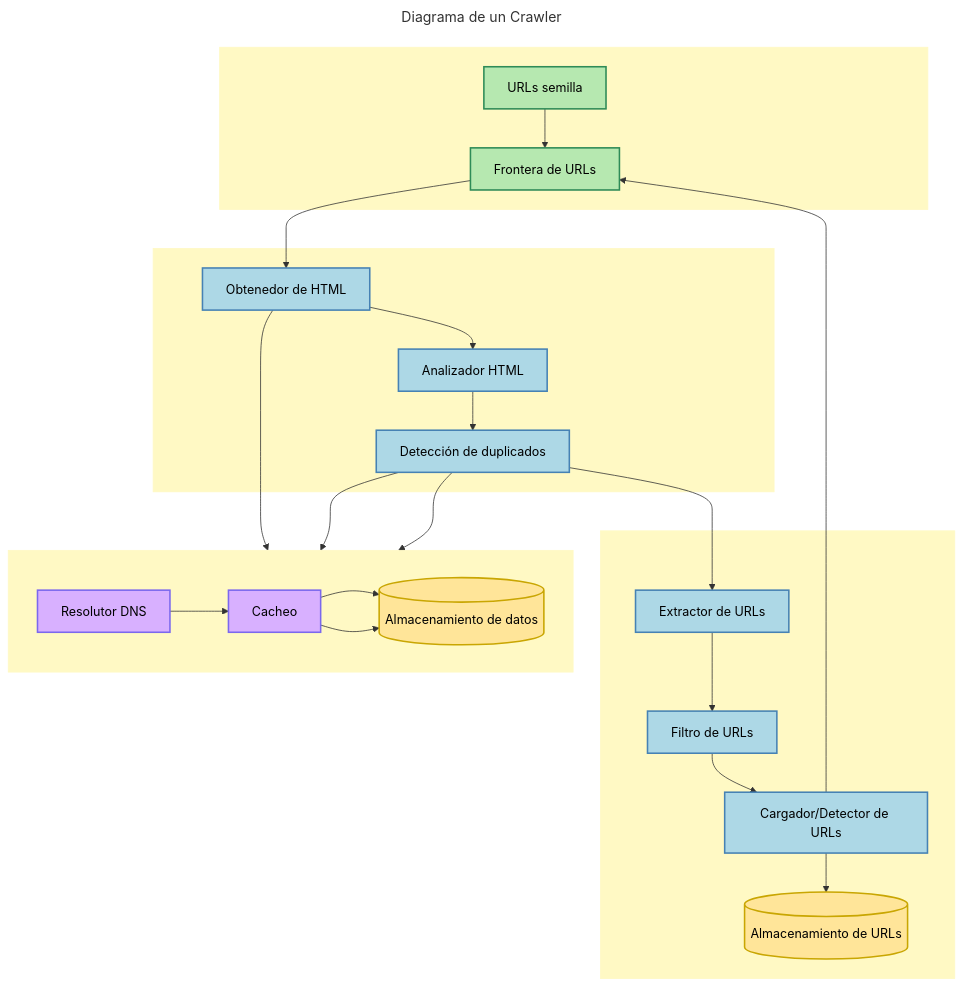
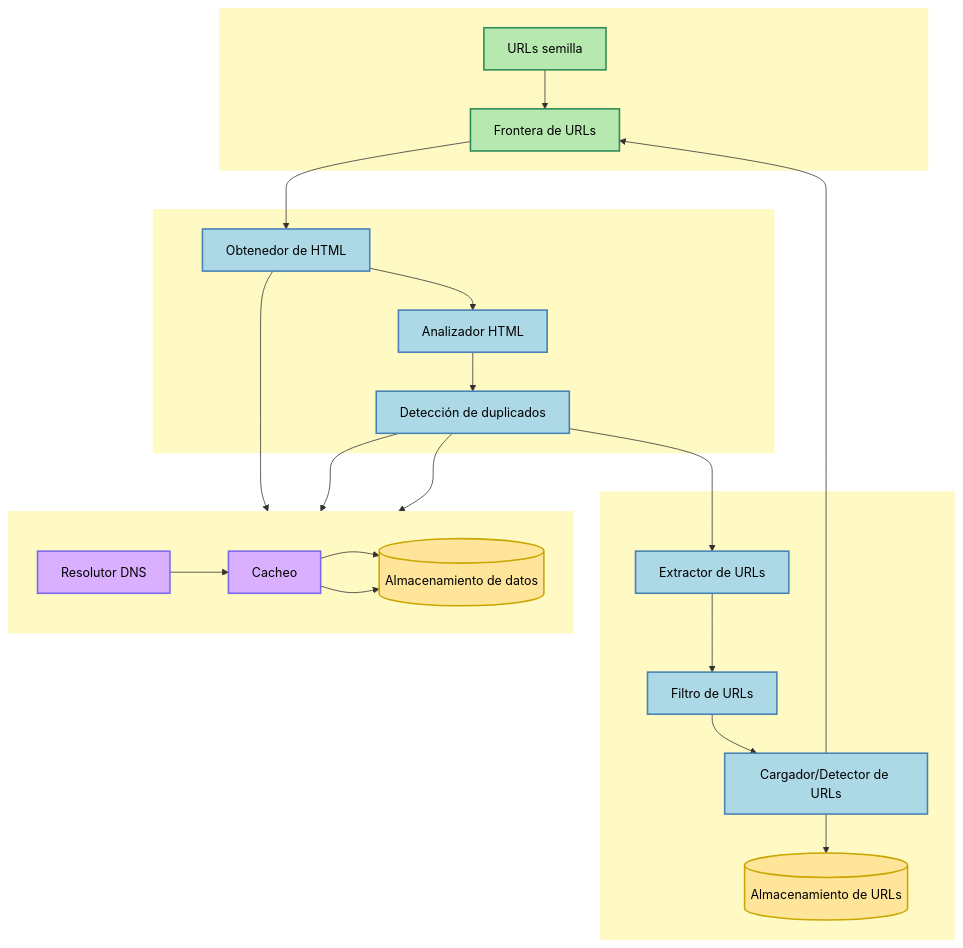
Before and after one commit to untref-edd/apuntes: the diagram in contenidos/3-recuperacion-de-la-informacion/3-7-web-scraping.md, drawn with Mermaid. The commit also changed other lines of this file and 33 other files, not shown here.

````diff
--- a/contenidos/3-recuperacion-de-la-informacion/3-7-web-scraping.md
+++ b/contenidos/3-recuperacion-de-la-informacion/3-7-web-scraping.md
@@ -47,60 +47,59 @@
 ```{mermaid}
 ---
 name: crawler_diagram
-title: Diagrama de un Crawler
 ---
 flowchart TB
     %% Definición del flujo principal (de arriba a abajo para mejor alineación visual)
     subgraph Entrada[" "]
         A[URLs semilla] --> B[Frontera de URLs]
     end
 
     subgraph Descarga_y_Analisis[" "]
         B --> C[Obtenedor de HTML]
         C --> D[Analizador HTML]
         D --> E[Detección de duplicados]
     end
 
     subgraph Extraccion_y_Gestion[" "]
         E --> F[Extractor de URLs]
         F --> G[Filtro de URLs]
         G --> H[Cargador/Detector de URLs]
         H --> I[(Almacenamiento de URLs)]
         H --> B
     end
 
     %% Módulos auxiliares arriba del flujo principal
     subgraph Auxiliares[" "]
         direction LR
         J[Resolutor DNS] --> K[Cacheo] --> L[(Almacenamiento de datos)]
     end
 
     %% Conexiones auxiliares
     C --> J
     E --> K
     E --> L
     K --> L
 
     %% Colores principales
     style A fill:#b6e8b0,stroke:#2e8b57,stroke-width:2px,color:#000
     style B fill:#b6e8b0,stroke:#2e8b57,stroke-width:2px,color:#000
 
     style C fill:#add8e6,stroke:#4682b4,stroke-width:2px,color:#000
     style D fill:#add8e6,stroke:#4682b4,stroke-width:2px,color:#000
     style E fill:#add8e6,stroke:#4682b4,stroke-width:2px,color:#000
     style F fill:#add8e6,stroke:#4682b4,stroke-width:2px,color:#000
     style G fill:#add8e6,stroke:#4682b4,stroke-width:2px,color:#000
     style H fill:#add8e6,stroke:#4682b4,stroke-width:2px,color:#000
 
     style J fill:#d8b0ff,stroke:#7b68ee,stroke-width:2px,color:#000
     style K fill:#d8b0ff,stroke:#7b68ee,stroke-width:2px,color:#000
 
     style I fill:#ffe599,stroke:#c9a602,stroke-width:2px,color:#000
     style L fill:#ffe599,stroke:#c9a602,stroke-width:2px,color:#000
 
     %% Fondo de grupos
     style Entrada fill:#fff9c4,stroke:#fff9c4
     style Descarga_y_Analisis fill:#fff9c4,stroke:#fff9c4
     style Extraccion_y_Gestion fill:#fff9c4,stroke:#fff9c4
     style Auxiliares fill:#fff9c4,stroke:#fff9c4
 ```
````
